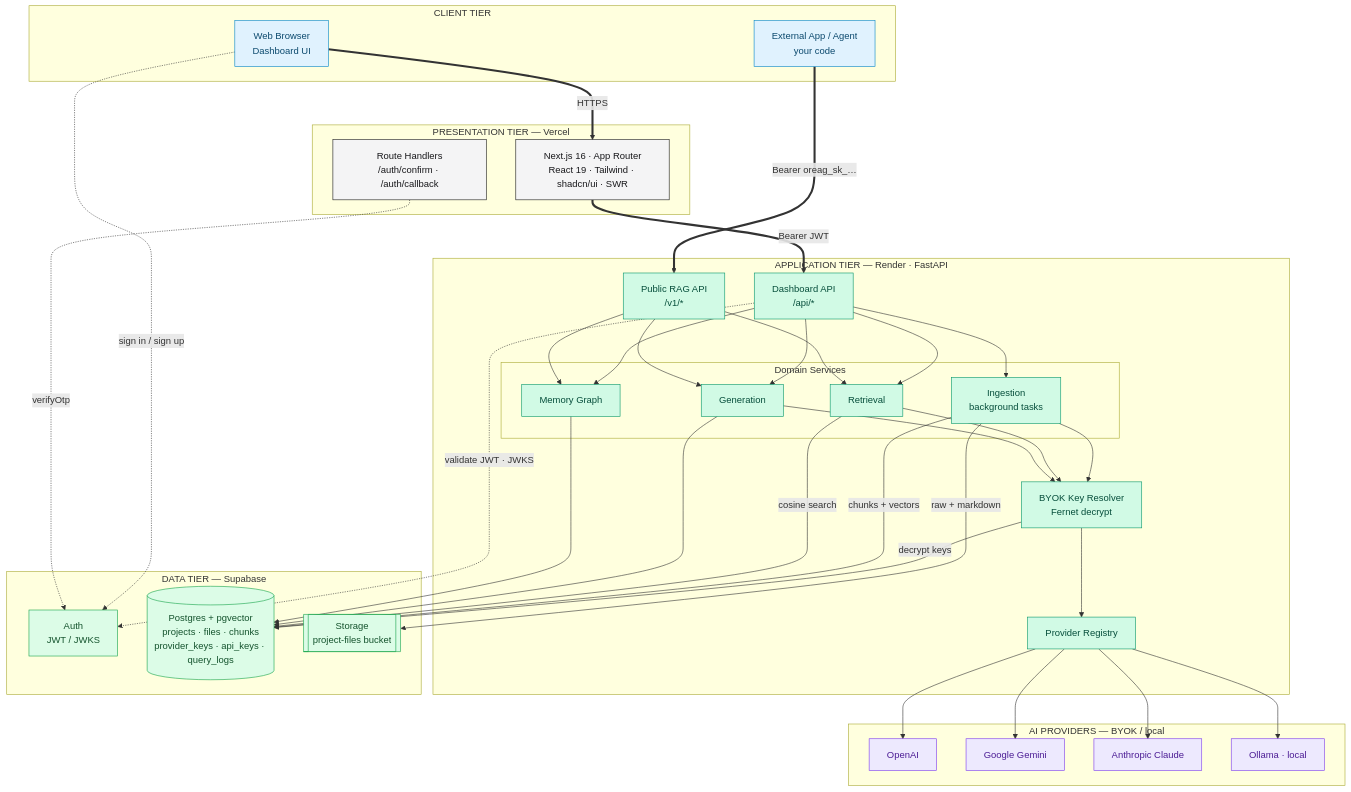
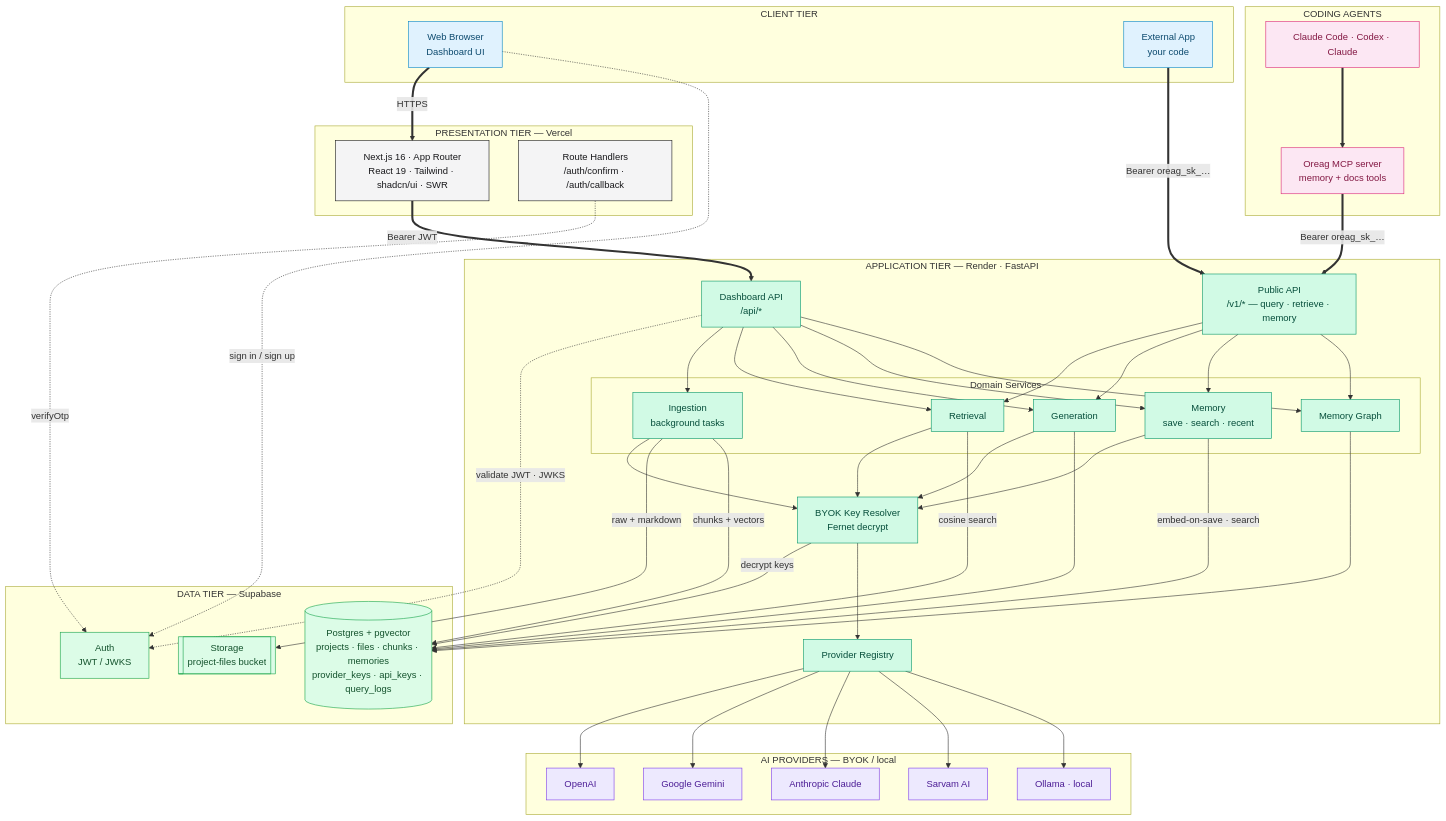
The first of 6 diagrams in Readme.md (haroontrailblazer/Oreag), drawn with Mermaid before and after one commit. The commit also changed other lines of this file, not shown here.

Commit message:
docs: reflect agent-memory MCP in README + flow diagrams

````diff
--- a/Readme.md
+++ b/Readme.md
@@ -44,7 +45,12 @@
 flowchart TB
     subgraph client["CLIENT TIER"]
         Browser["Web Browser<br/>Dashboard UI"]
-        ExtApp["External App / Agent<br/>your code"]
+        ExtApp["External App<br/>your code"]
+    end
+
+    subgraph agents["CODING AGENTS"]
+        Agent["Claude Code · Codex · Claude"]
+        MCP["Oreag MCP server<br/>memory + docs tools"]
     end
 
     subgraph edge["PRESENTATION TIER — Vercel"]
@@ -54,11 +60,12 @@
 
     subgraph appt["APPLICATION TIER — Render · FastAPI"]
         API["Dashboard API<br/>/api/*"]
-        PublicAPI["Public RAG API<br/>/v1/*"]
+        PublicAPI["Public API<br/>/v1/* — query · retrieve · memory"]
         subgraph services["Domain Services"]
             Ingest["Ingestion<br/>background tasks"]
             Retrieve["Retrieval"]
             Generate["Generation"]
+            Memory["Memory<br/>save · search · recent"]
             MemGraph["Memory Graph"]
         end
         Resolver["BYOK Key Resolver<br/>Fernet decrypt"]
@@ -67,7 +74,7 @@
 
     subgraph datat["DATA TIER — Supabase"]
         Auth["Auth<br/>JWT / JWKS"]
-        PG[("Postgres + pgvector<br/>projects · files · chunks<br/>provider_keys · api_keys · query_logs")]
+        PG[("Postgres + pgvector<br/>projects · files · chunks · memories<br/>provider_keys · api_keys · query_logs")]
         Store[["Storage<br/>project-files bucket"]]
     end
 
@@ -75,6 +82,7 @@
         OpenAI["OpenAI"]
         Gemini["Google Gemini"]
         Anthropic["Anthropic Claude"]
+        Sarvam["Sarvam AI"]
         Ollama["Ollama · local"]
     end
 
@@ -83,31 +91,36 @@
     AuthRt -.->|verifyOtp| Auth
     Next ==>|"Bearer JWT"| API
     ExtApp ==>|"Bearer oreag_sk_…"| PublicAPI
+    Agent ==> MCP
+    MCP ==>|"Bearer oreag_sk_…"| PublicAPI
 
     API -.->|validate JWT · JWKS| Auth
-    API --> Ingest & Retrieve & Generate & MemGraph
-    PublicAPI --> Retrieve & Generate & MemGraph
+    API --> Ingest & Retrieve & Generate & Memory & MemGraph
+    PublicAPI --> Retrieve & Generate & Memory & MemGraph
 
-    Ingest & Retrieve & Generate --> Resolver
+    Ingest & Retrieve & Generate & Memory --> Resolver
     Resolver -->|decrypt keys| PG
     Resolver --> Registry
-    Registry --> OpenAI & Gemini & Anthropic & Ollama
+    Registry --> OpenAI & Gemini & Anthropic & Sarvam & Ollama
 
     Ingest -->|raw + markdown| Store
     Ingest -->|chunks + vectors| PG
     Retrieve -->|cosine search| PG
     Generate --> PG
+    Memory -->|embed-on-save · search| PG
     MemGraph --> PG
 
     classDef tClient fill:#e0f2fe,stroke:#0284c7,color:#0c4a6e
+    classDef tAgent fill:#fce7f3,stroke:#db2777,color:#831843
     classDef tEdge fill:#f4f4f5,stroke:#18181b,color:#18181b
     classDef tApp fill:#d1fae5,stroke:#059669,color:#064e3b
     classDef tData fill:#dcfce7,stroke:#16a34a,color:#14532d
     classDef tAI fill:#ede9fe,stroke:#7c3aed,color:#4c1d95
 
     class Browser,ExtApp tClient
+    class Agent,MCP tAgent
     class Next,AuthRt tEdge
-    class API,PublicAPI,Ingest,Retrieve,Generate,MemGraph,Resolver,Registry tApp
+    class API,PublicAPI,Ingest,Retrieve,Generate,Memory,MemGraph,Resolver,Registry tApp
     class Auth,PG,Store tData
-    class OpenAI,Gemini,Anthropic,Ollama tAI
+    class OpenAI,Gemini,Anthropic,Sarvam,Ollama tAI
 ```
````
